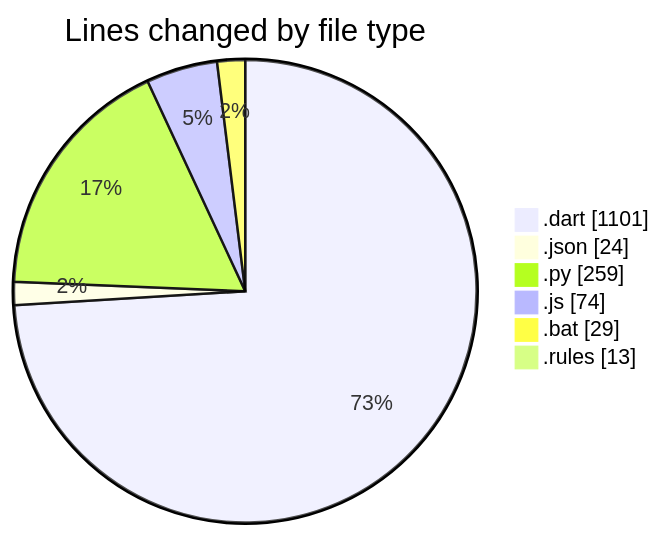
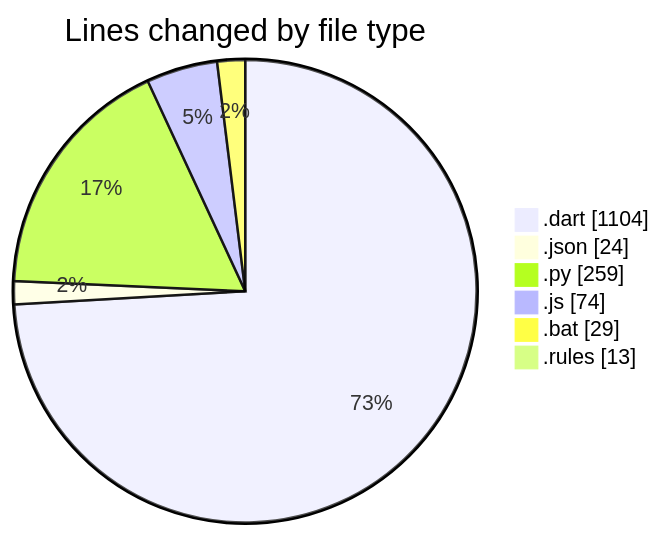
The first of 2 diagrams in 2025-08-04/studybuddy/README.md (lephambinh05/code-tracking), drawn with Mermaid before and after one commit. The commit also changed other lines of this file and 1 other file, not shown here.

````diff
--- a/2025-08-04/studybuddy/README.md
+++ b/2025-08-04/studybuddy/README.md
@@ -37,10 +37,10 @@
 ```mermaid
 pie showData
 title Lines changed by file type
-".dart" : 1101
+".dart" : 1104
 ".json" : 24
 ".py" : 259
 ".js" : 74
 ".bat" : 29
 ".rules" : 13
 ```
````
